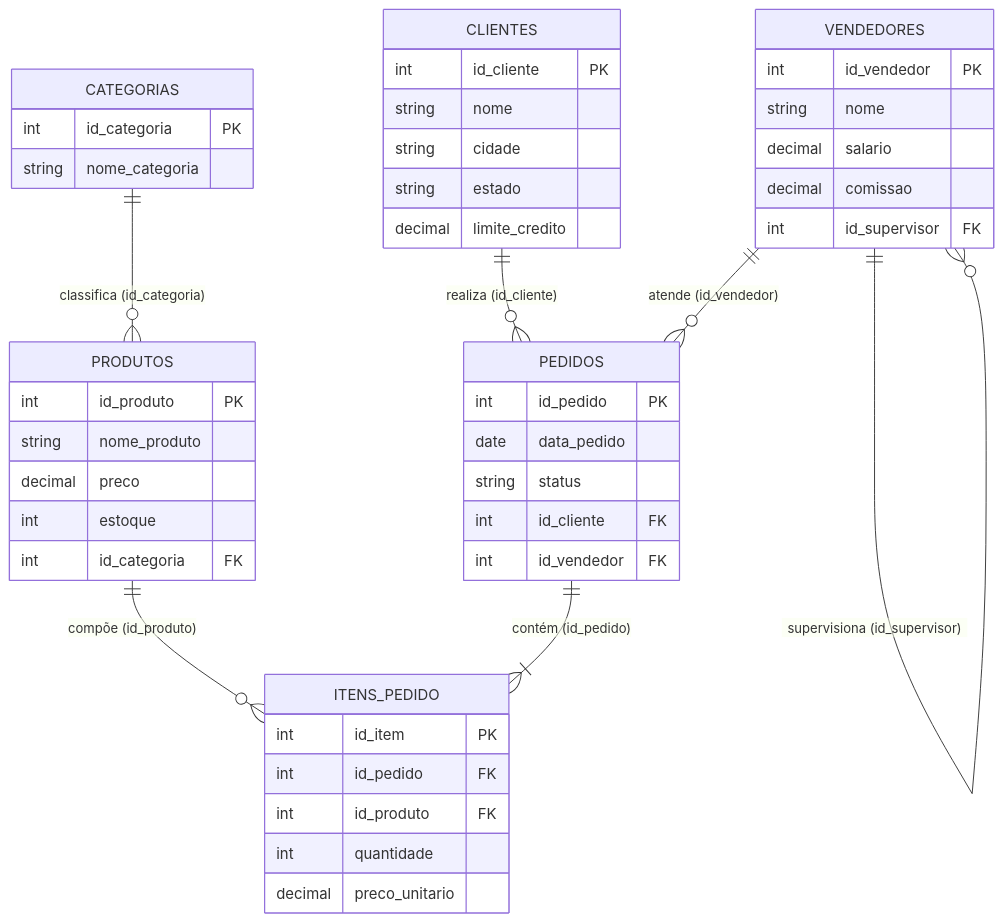
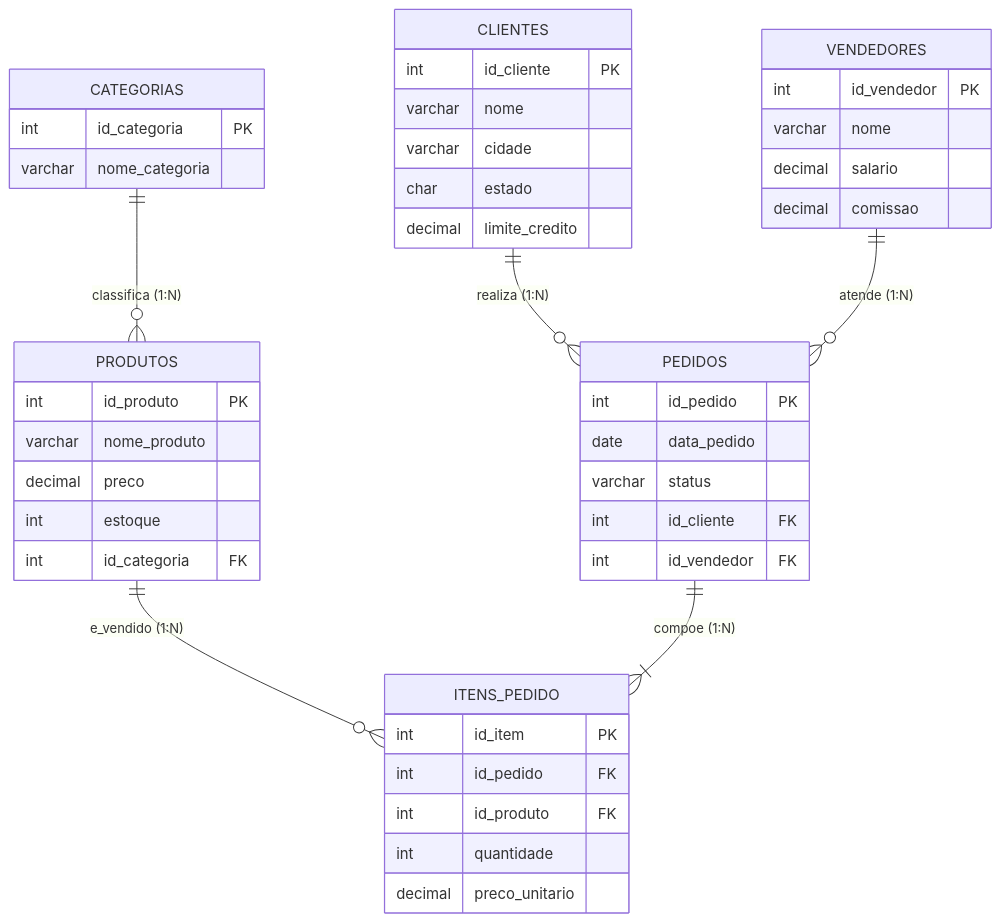
The seventh of 11 diagrams in 4º Semestre/[Prof. Welington Garcia] Tópicos Avançados em Banco de Dados/Resumos-IA/Caderno-Consolidado.md (murilolol/unifef), drawn with Mermaid before and after one commit. The commit also changed other lines of this file and 429 other files, not shown here.

````diff
--- a/4º Semestre/[Prof. Welington Garcia] Tópicos Avançados em Banco de Dados/Resumos-IA/Caderno-Consolidado.md
+++ b/4º Semestre/[Prof. Welington Garcia] Tópicos Avançados em Banco de Dados/Resumos-IA/Caderno-Consolidado.md
@@ -105,49 +346,47 @@
 ```mermaid
 erDiagram
-    CLIENTES ||--o{ PEDIDOS : "realiza (id_cliente)"
-    VENDEDORES ||--o{ PEDIDOS : "atende (id_vendedor)"
-    CATEGORIAS ||--o{ PRODUTOS : "classifica (id_categoria)"
-    PRODUTOS ||--o{ ITENS_PEDIDO : "compõe (id_produto)"
-    PEDIDOS ||--|{ ITENS_PEDIDO : "contém (id_pedido)"
-    VENDEDORES ||--o{ VENDEDORES : "supervisiona (id_supervisor)"
+    CLIENTES ||--o{ PEDIDOS : "realiza (1:N)"
+    VENDEDORES ||--o{ PEDIDOS : "atende (1:N)"
+    CATEGORIAS ||--o{ PRODUTOS : "classifica (1:N)"
+    PRODUTOS ||--o{ ITENS_PEDIDO : "e_vendido (1:N)"
+    PEDIDOS ||--|{ ITENS_PEDIDO : "compoe (1:N)"
 
     CLIENTES {
         int id_cliente PK
-        string nome
-        string cidade
-        string estado
+        varchar nome
+        varchar cidade
+        char estado
         decimal limite_credito
     }
     VENDEDORES {
         int id_vendedor PK
-        string nome
+        varchar nome
         decimal salario
         decimal comissao
-        int id_supervisor FK
     }
     CATEGORIAS {
         int id_categoria PK
-        string nome_categoria
+        varchar nome_categoria
     }
     PRODUTOS {
         int id_produto PK
-        string nome_produto
+        varchar nome_produto
         decimal preco
         int estoque
         int id_categoria FK
     }
     PEDIDOS {
         int id_pedido PK
         date data_pedido
-        string status
+        varchar status
         int id_cliente FK
         int id_vendedor FK
     }
     ITENS_PEDIDO {
         int id_item PK
         int id_pedido FK
         int id_produto FK
         int quantidade
         decimal preco_unitario
     }
 ```
````
